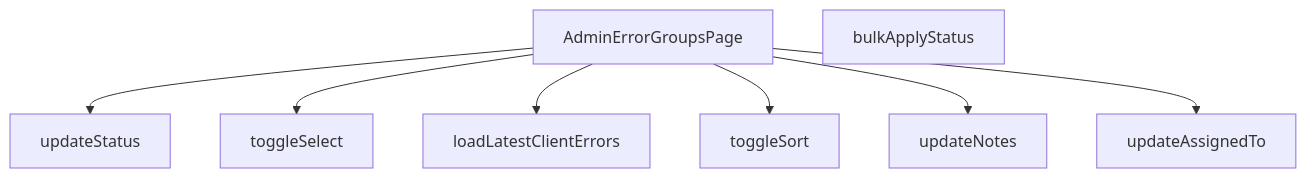
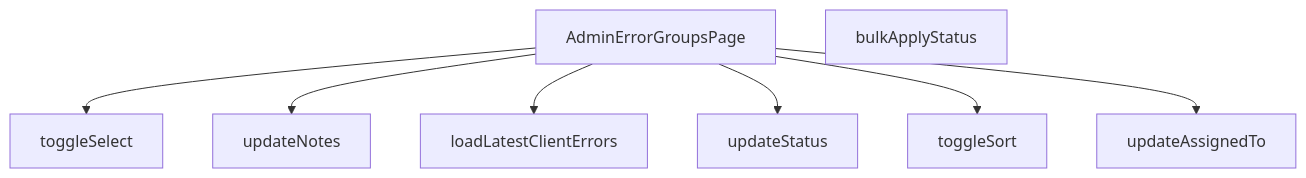
The diagram in src/views/admin/AdminErrorGroupsPage.md (peckop/venthub-hvac-esite), drawn with Mermaid before and after one commit. The commit also changed other lines of this file and 7 other files, not shown here.

````diff
--- a/src/views/admin/AdminErrorGroupsPage.md
+++ b/src/views/admin/AdminErrorGroupsPage.md
@@ -209,17 +209,17 @@
 ```mermaid
 graph TD
     AdminErrorGroupsPage_tsx__AdminErrorGroupsPage["AdminErrorGroupsPage"]
     AdminErrorGroupsPage_tsx__bulkApplyStatus["bulkApplyStatus"]
     AdminErrorGroupsPage_tsx__loadLatestClientErrors["loadLatestClientErrors"]
     AdminErrorGroupsPage_tsx__toggleSelect["toggleSelect"]
     AdminErrorGroupsPage_tsx__toggleSort["toggleSort"]
     AdminErrorGroupsPage_tsx__updateAssignedTo["updateAssignedTo"]
     AdminErrorGroupsPage_tsx__updateNotes["updateNotes"]
     AdminErrorGroupsPage_tsx__updateStatus["updateStatus"]
+    AdminErrorGroupsPage_tsx__AdminErrorGroupsPage --> AdminErrorGroupsPage_tsx__toggleSelect
+    AdminErrorGroupsPage_tsx__AdminErrorGroupsPage --> AdminErrorGroupsPage_tsx__updateNotes
+    AdminErrorGroupsPage_tsx__AdminErrorGroupsPage --> AdminErrorGroupsPage_tsx__loadLatestClientErrors
     AdminErrorGroupsPage_tsx__AdminErrorGroupsPage --> AdminErrorGroupsPage_tsx__updateStatus
-    AdminErrorGroupsPage_tsx__AdminErrorGroupsPage --> AdminErrorGroupsPage_tsx__toggleSelect
-    AdminErrorGroupsPage_tsx__AdminErrorGroupsPage --> AdminErrorGroupsPage_tsx__loadLatestClientErrors
     AdminErrorGroupsPage_tsx__AdminErrorGroupsPage --> AdminErrorGroupsPage_tsx__toggleSort
-    AdminErrorGroupsPage_tsx__AdminErrorGroupsPage --> AdminErrorGroupsPage_tsx__updateNotes
     AdminErrorGroupsPage_tsx__AdminErrorGroupsPage --> AdminErrorGroupsPage_tsx__updateAssignedTo
 ```
````
